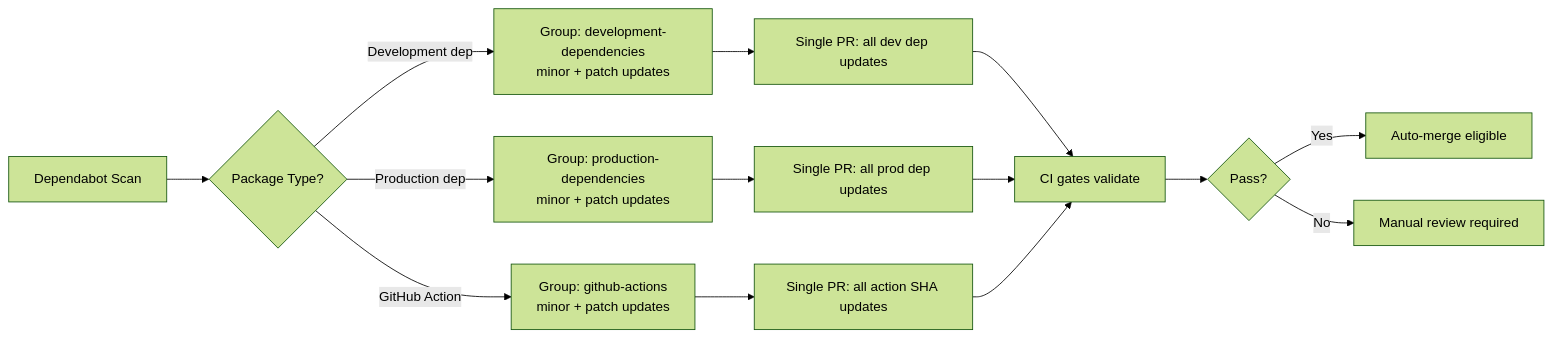
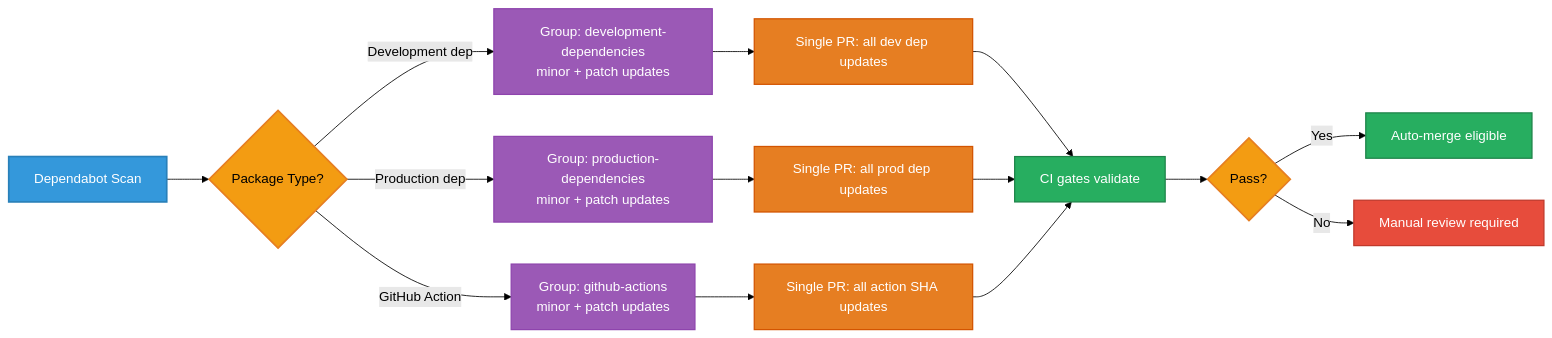
Before and after one commit to Hack23/euparliamentmonitor: diagram 14 of 14 in WORKFLOWS.md, drawn with Mermaid (forest theme). The commit also changed other lines of this file, not shown here.

First line of the commit message:
Add ISMS-compliant color-coded Mermaid diagrams and badges to WORKFLOWS.md

````diff
--- a/WORKFLOWS.md
+++ b/WORKFLOWS.md
@@ -1127,16 +1367,30 @@
 ```mermaid
 graph LR
     A[Dependabot Scan] --> B{Package Type?}
     B -->|Development dep| C[Group: development-dependencies<br/>minor + patch updates]
     B -->|Production dep| D[Group: production-dependencies<br/>minor + patch updates]
     B -->|GitHub Action| E[Group: github-actions<br/>minor + patch updates]
     C --> F[Single PR: all dev dep updates]
     D --> G[Single PR: all prod dep updates]
     E --> H[Single PR: all action SHA updates]
     F --> I[CI gates validate]
     G --> I
     H --> I
     I --> J{Pass?}
     J -->|Yes| K[Auto-merge eligible]
     J -->|No| L[Manual review required]
+
+    classDef scanner fill:#3498db,stroke:#2980b9,stroke-width:2px,color:white
+    classDef decision fill:#f39c12,stroke:#e67e22,stroke-width:2px,color:black
+    classDef group fill:#9b59b6,stroke:#8e44ad,stroke-width:1.5px,color:white
+    classDef pr fill:#e67e22,stroke:#d35400,stroke-width:1.5px,color:white
+    classDef pass fill:#27ae60,stroke:#1e8449,stroke-width:1.5px,color:white
+    classDef fail fill:#e74c3c,stroke:#c0392b,stroke-width:1.5px,color:white
+
+    class A scanner
+    class B,J decision
+    class C,D,E group
+    class F,G,H pr
+    class I,K pass
+    class L fail
 ```
````
